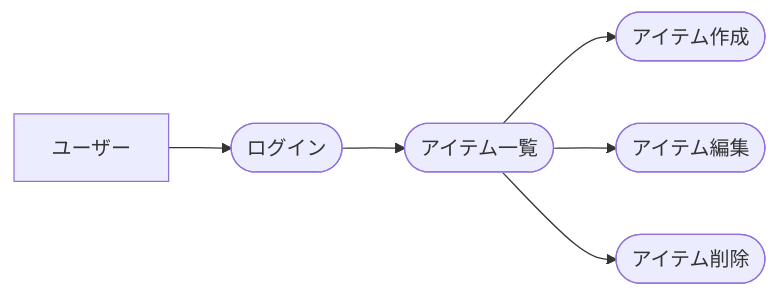
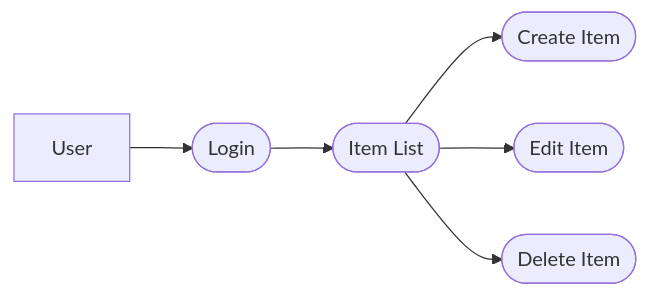
One commit to vspo-lab/vspo-collection changed the first of 3 diagrams in docs/backend/domain-modeling.md. Above: the diagram before and after it, drawn with Mermaid. The commit also changed other lines of this file and 73 other files, not shown here.

````diff
--- a/docs/backend/domain-modeling.md
+++ b/docs/backend/domain-modeling.md
@@ -229,14 +229,14 @@
 ```mermaid
 flowchart LR
-  C[ユーザー]
-  UC1([ログイン])
-  UC2([アイテム一覧])
-  UC3([アイテム作成])
-  UC4([アイテム編集])
-  UC5([アイテム削除])
+  C[User]
+  UC1([Login])
+  UC2([Item List])
+  UC3([Create Item])
+  UC4([Edit Item])
+  UC5([Delete Item])
 
   C --> UC1 --> UC2
   UC2 --> UC3
   UC2 --> UC4
   UC2 --> UC5
 ```
````
